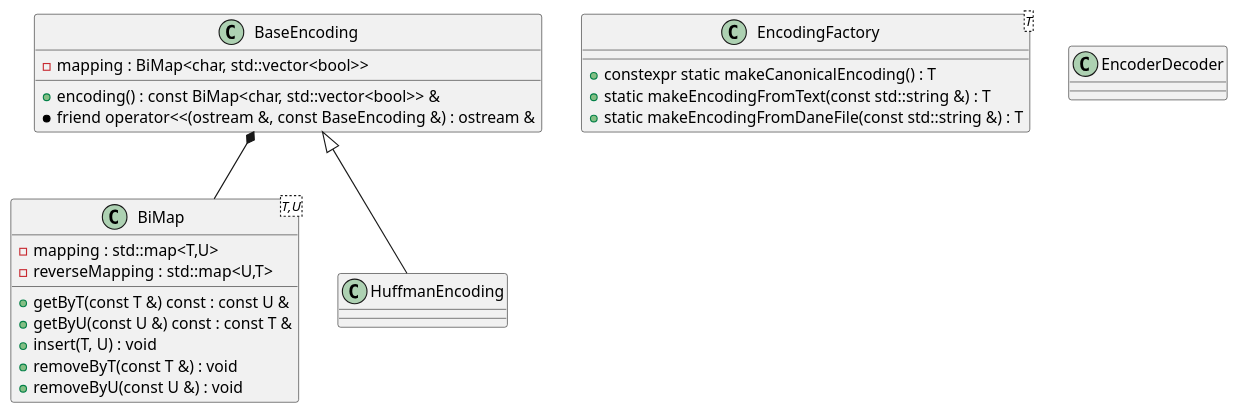
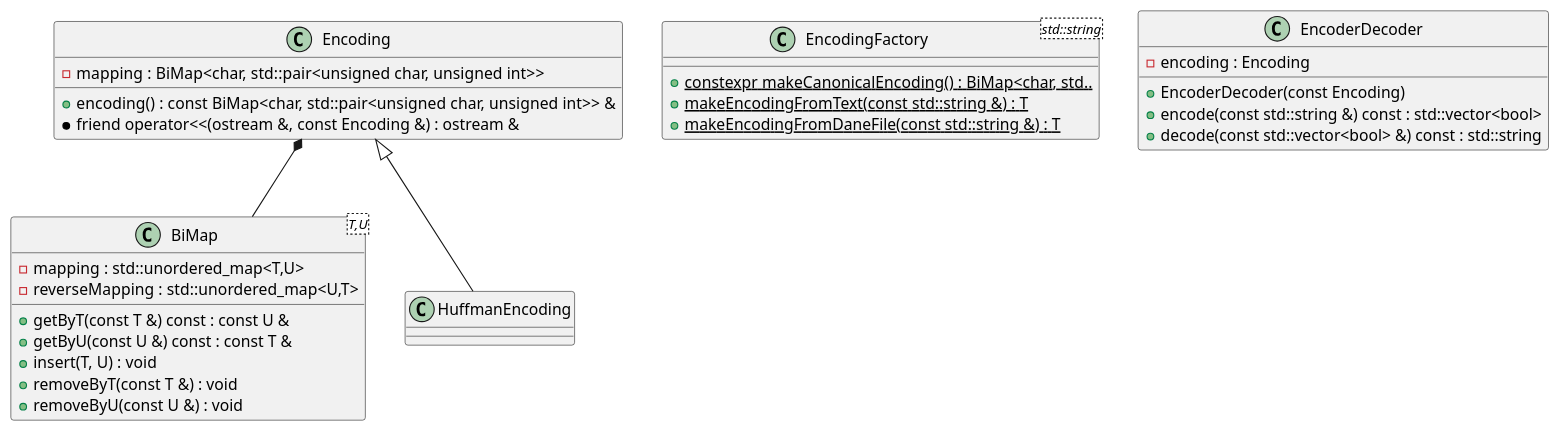
One commit to dan1994/cpp--dane changed the diagram in docs/design.puml. Above: the diagram before and after it, drawn with PlantUML.

Commit message:
WIP: trying a different direction so I'm saving the current state

```diff
--- a/docs/design.puml
+++ b/docs/design.puml
@@ -1,34 +1,37 @@
 @startuml dane
 class BiMap<T,U> {
-	{field}		- mapping : std::map<T,U>
-	{field}		- reverseMapping : std::map<U,T>
-	{method}	+ getByT(const T &) const : const U &
-	{method}	+ getByU(const U &) const : const T &
-	{method}	+ insert(T, U) : void
-	{method}	+ removeByT(const T &) : void
-	{method}	+ removeByU(const U &) : void
+	- {field}	mapping : std::unordered_map<T,U>
+	- {field}	reverseMapping : std::unordered_map<U,T>
+	+ {method}	getByT(const T &) const : const U &
+	+ {method}	getByU(const U &) const : const T &
+	+ {method}	insert(T, U) : void
+	+ {method}	removeByT(const T &) : void
+	+ {method}	removeByU(const U &) : void
 }
 
-class EncodingFactory<T> {
-	{method}	+ constexpr static makeCanonicalEncoding() : T
-	{method}	+ static makeEncodingFromText(const std::string &) : T
-	{method}	+ static makeEncodingFromDaneFile(const std::string &) : T
+class EncodingFactory<std::string> {
+	+ {method}	{static} constexpr makeCanonicalEncoding() : BiMap<char, std..
+	+ {method}	{static} makeEncodingFromText(const std::string &) : T
+	+ {method}	{static} makeEncodingFromDaneFile(const std::string &) : T
 }
 
-class BaseEncoding {
-	{field}		- mapping : BiMap<char, std::vector<bool>>
-	{method}	+ encoding() : const BiMap<char, std::vector<bool>> &
-	{method}	* friend operator<<(ostream &, const BaseEncoding &) : ostream &
+class Encoding {
+	- {field}	mapping : BiMap<char, std::pair<unsigned char, unsigned int>>
+	+ {method}	encoding() : const BiMap<char, std::pair<unsigned char, unsigned int>> &
+	* {method}	friend operator<<(ostream &, const Encoding &) : ostream &
 }
 
 class HuffmanEncoding {
 	{method}
 }
 
 class EncoderDecoder {
-
+	- {field}	encoding : Encoding
+	+ {method}	EncoderDecoder(const Encoding)
+	+ {method}	encode(const std::string &) const : std::vector<bool>
+	+ {method}	decode(const std::vector<bool> &) const : std::string
 }
 
-BaseEncoding <|-- HuffmanEncoding
-BaseEncoding *-- BiMap
+Encoding <|-- HuffmanEncoding
+Encoding *-- BiMap
 @enduml
```
